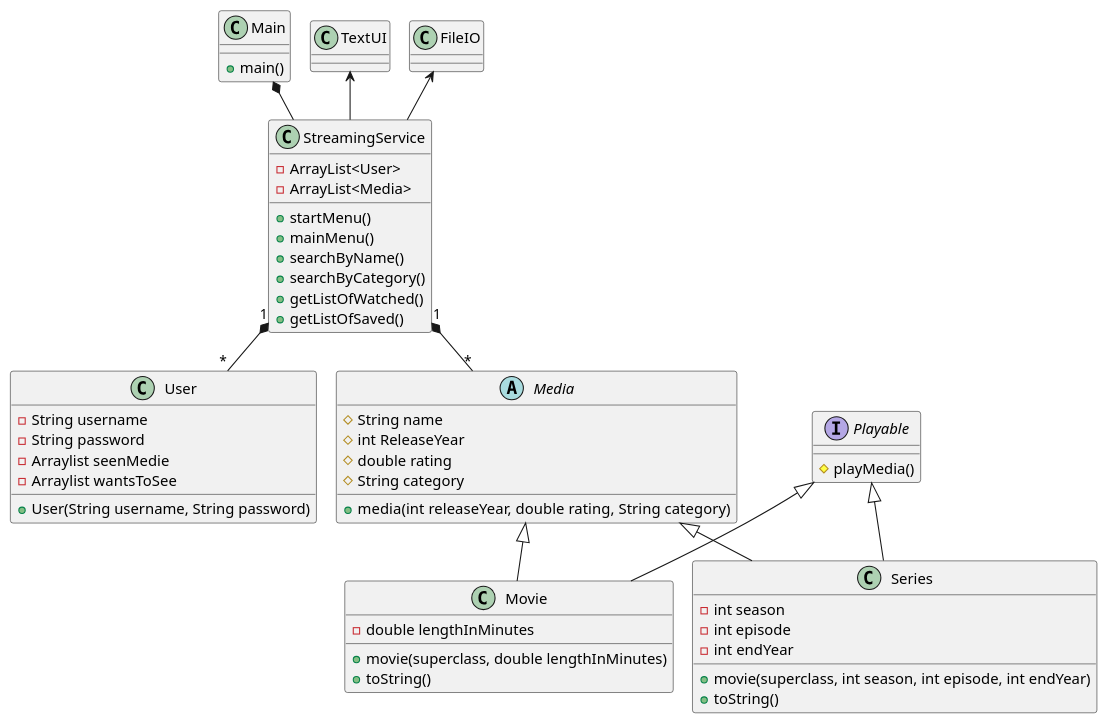
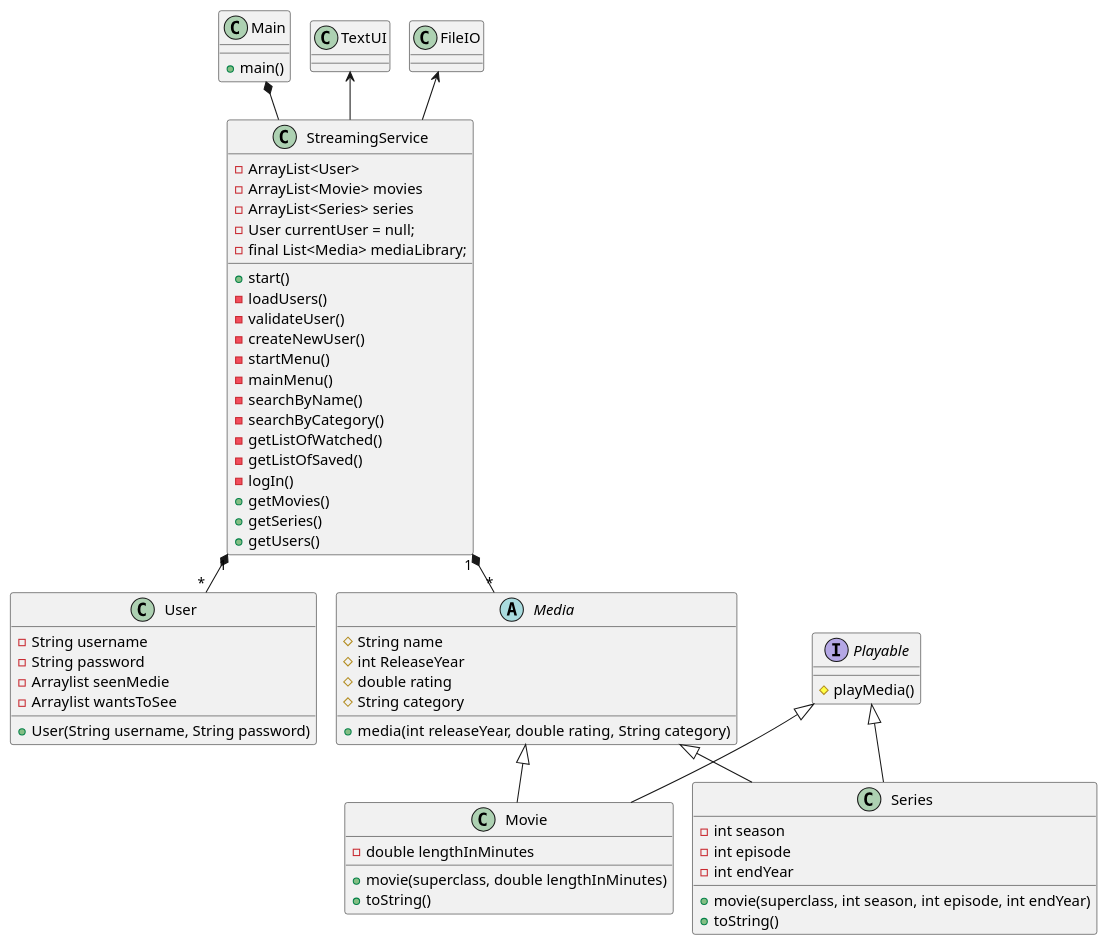
The diagram in Diagrams/SP3ClassDiagram v.1.puml (Eligoon/SP3_Gruppe_G), drawn with PlantUML before and after one commit. The commit also changed 1 other file, not shown here.

Commit message:
updated class diagram

```diff
--- a/Diagrams/SP3ClassDiagram v.1.puml
+++ b/Diagrams/SP3ClassDiagram v.1.puml
@@ -1,79 +1,91 @@
 @startuml
 'https://plantuml.com/class-diagram
 !pragma layout smetana
 Main *-- StreamingService
 StreamingService "1" *-- "*" User
 StreamingService "1" *-- "*" Media
 Media <|-- Movie
 Media <|-- Series
 TextUI <--StreamingService
 FileIO <-- StreamingService
 Playable <|-- Movie
 Playable <|-- Series
 
 
 class Main
 {
 + main()
 }
 
 class StreamingService
 {
  - ArrayList<User>
- - ArrayList<Media>
- + startMenu()
- + mainMenu()
- + searchByName()
- + searchByCategory()
- + getListOfWatched()
- + getListOfSaved()
+ - ArrayList<Movie> movies
+ - ArrayList<Series> series
+ - User currentUser = null;
+ - final List<Media> mediaLibrary;
+
+ + start()
+ - loadUsers()
+ - validateUser()
+ - createNewUser()
+ - startMenu()
+ - mainMenu()
+ - searchByName()
+ - searchByCategory()
+ - getListOfWatched()
+ - getListOfSaved()
+ - logIn()
+ + getMovies()
+ + getSeries()
+ + getUsers()
 }
 
 abstract class Media
 {
 # String name
 # int ReleaseYear
 # double rating
 # String category
 + media(int releaseYear, double rating, String category)
 }
 
 class Movie
 {
 - double lengthInMinutes
 + movie(superclass, double lengthInMinutes)
 + toString()
 }
 
 class Series
 {
 - int season
 - int episode
 - int endYear
 + movie(superclass, int season, int episode, int endYear)
 + toString()
 }
 
 class User
 {
 - String username
 - String password
 - Arraylist seenMedie
 - Arraylist wantsToSee
 + User(String username, String password)
 }
 
 class TextUI
 {
 }
 
 class FileIO
 {
 }
 
 interface Playable
 {
 # playMedia()
 }
 
 @enduml
```
